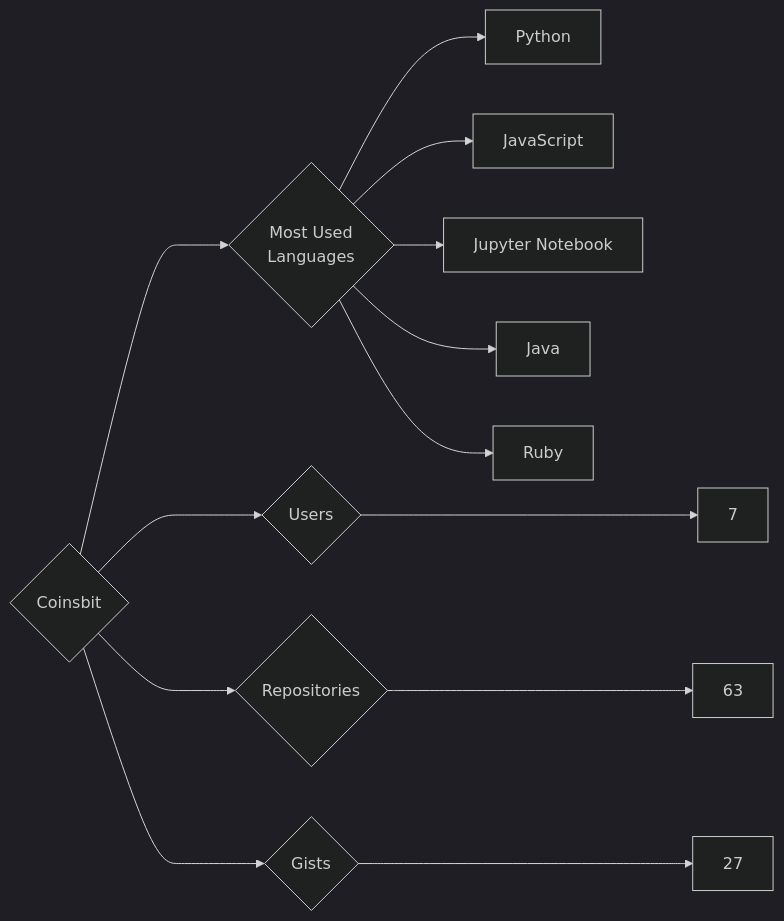
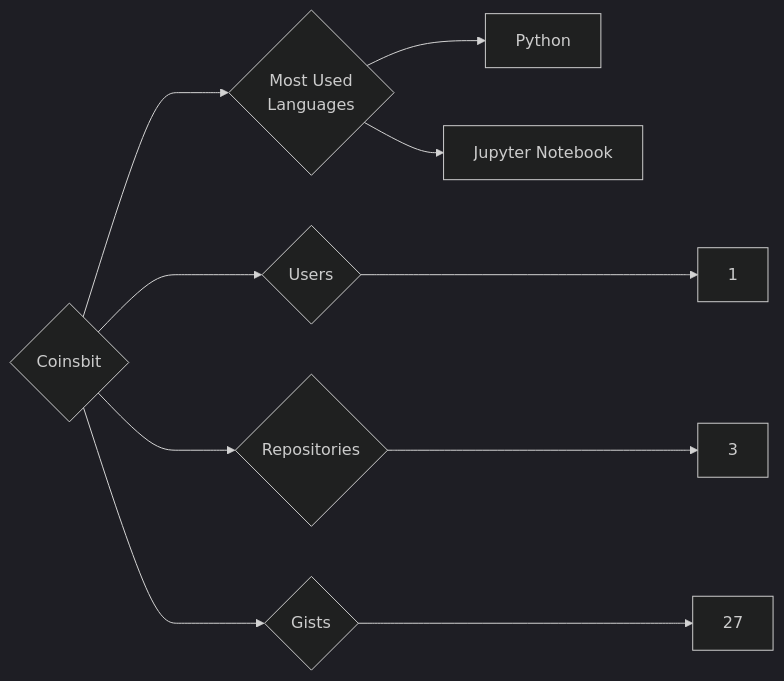
The diagram in targets/Coinsbit/README.md (trickest/insiders), drawn with Mermaid (dark theme) before and after one commit. The commit also changed 1170 other files, not shown here.

````diff
--- a/targets/Coinsbit/README.md
+++ b/targets/Coinsbit/README.md
@@ -3,13 +3,10 @@
 ```mermaid
 graph LR
 COMPANY_NAME{Coinsbit}
-COMPANY_NAME ---> U{Users} ---> UN[7]
-COMPANY_NAME ---> R{Repositories} ---> RN[63]
+COMPANY_NAME ---> U{Users} ---> UN[1]
+COMPANY_NAME ---> R{Repositories} ---> RN[3]
 COMPANY_NAME ---> G{Gists} ---> GN[27]
 COMPANY_NAME ---> ML{Most Used<br>Languages}
 ML --> Python[Python]
-ML --> JavaScript[JavaScript]
 ML --> Jupyter_Notebook[Jupyter Notebook]
-ML --> Java[Java]
-ML --> Ruby[Ruby]
 ```
````
